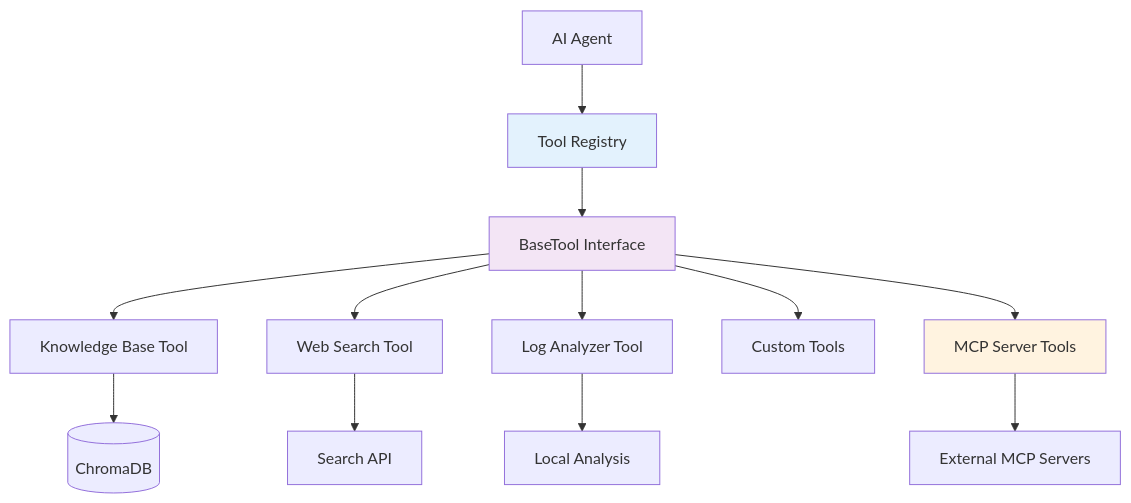
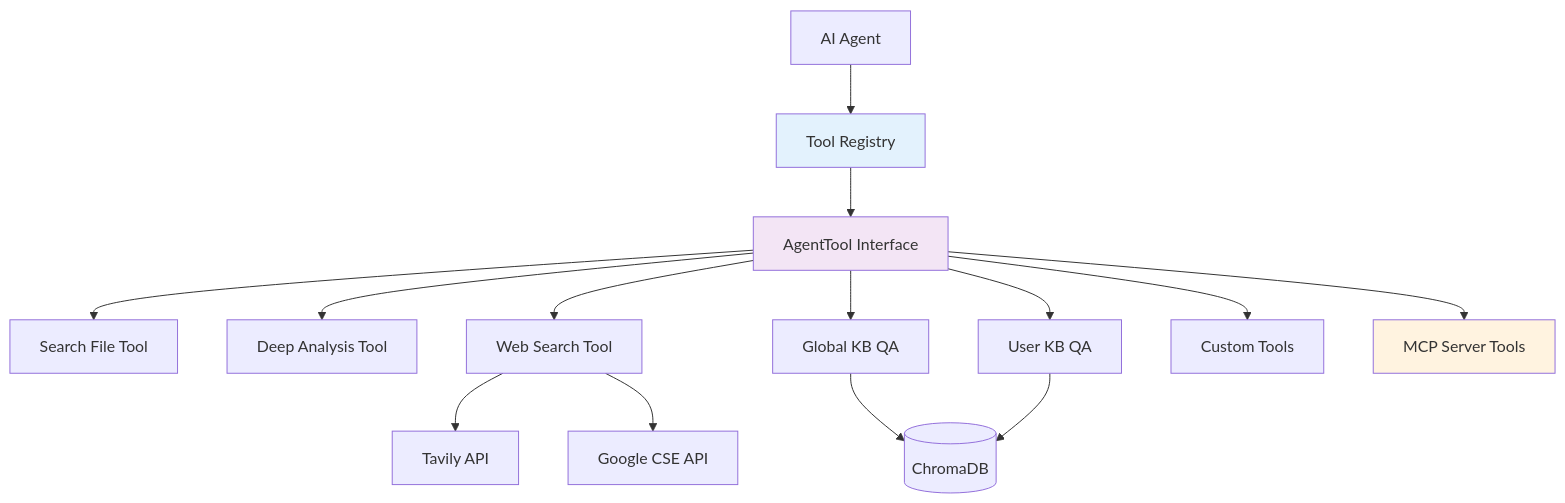
Before and after one commit to FaultMaven/faultmaven: the diagram in docs/reference/tools/README.md, drawn with Mermaid. The commit also changed other lines of this file and 17 other files, not shown here.

````diff
--- a/docs/reference/tools/README.md
+++ b/docs/reference/tools/README.md
@@ -22,20 +22,22 @@
 ```mermaid
 graph TB
     Agent[AI Agent] --> Registry[Tool Registry]
-    Registry --> Interface[BaseTool Interface]
-    
-    Interface --> KB[Knowledge Base Tool]
+    Registry --> Interface[AgentTool Interface]
+
+    Interface --> SearchFile[Search File Tool]
+    Interface --> DeepAnalysis[Deep Analysis Tool]
     Interface --> Web[Web Search Tool]
-    Interface --> Log[Log Analyzer Tool]
+    Interface --> GlobalKB[Global KB QA]
+    Interface --> UserKB[User KB QA]
     Interface --> Custom[Custom Tools]
     Interface --> MCP[MCP Server Tools]
-    
-    KB --> ChromaDB[(ChromaDB)]
-    Web --> SearchAPI[Search API]
-    Log --> Analysis[Local Analysis]
-    MCP --> External[External MCP Servers]
-    
+
+    Web --> Tavily[Tavily API]
+    Web --> GoogleCSE[Google CSE API]
+    GlobalKB --> ChromaDB[(ChromaDB)]
+    UserKB --> ChromaDB
+
     style Registry fill:#e3f2fd
     style Interface fill:#f3e5f5
     style MCP fill:#fff3e0
 ```
````
